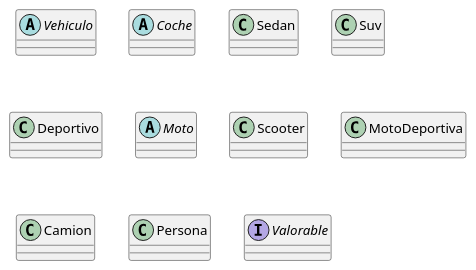
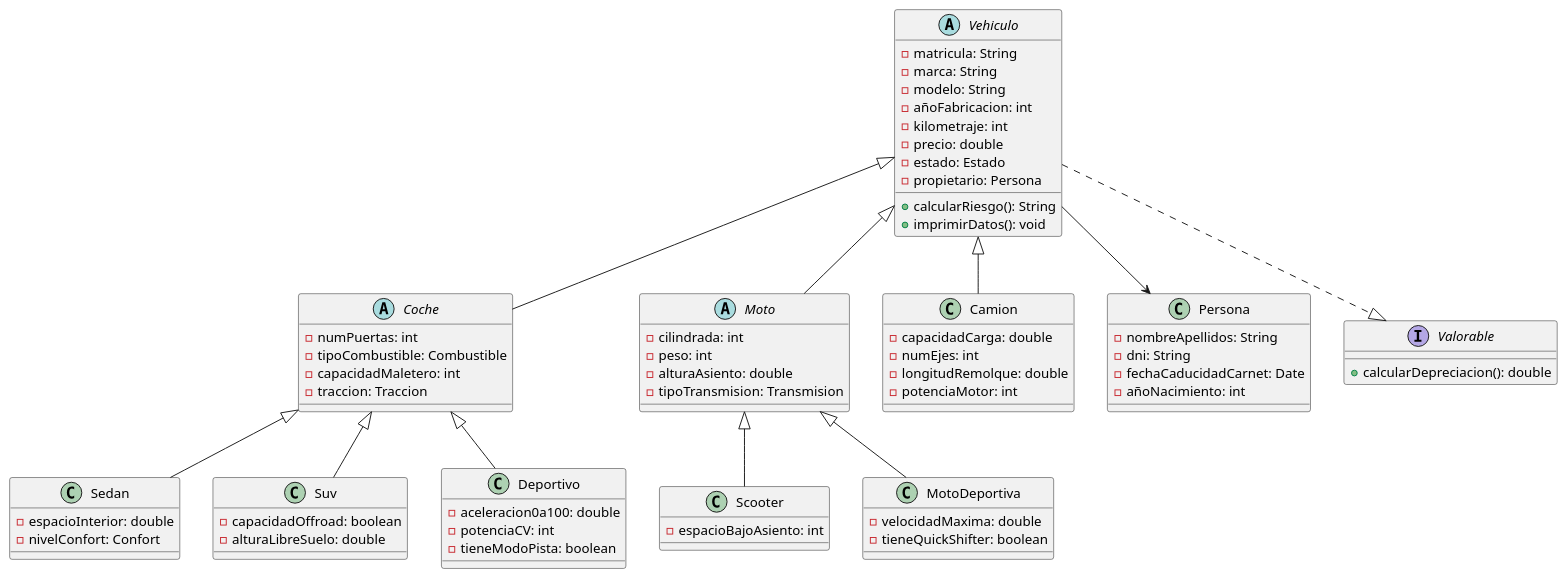
The diagram in uml/diagrama.puml (Juanma-prueba/UT5_ED_Prog), drawn with PlantUML before and after one commit. The commit also changed 1 other file, not shown here.

Commit message:
Añadido diagrama UML y estructura de clases

```diff
--- a/uml/diagrama.puml
+++ b/uml/diagrama.puml
@@ -1,37 +1,84 @@
 @startuml
 
 abstract class Vehiculo {
+    - matricula: String
+    - marca: String
+    - modelo: String
+    - añoFabricacion: int
+    - kilometraje: int
+    - precio: double
+    - estado: Estado
+    - propietario: Persona
+
+     + calcularRiesgo(): String
+     + imprimirDatos(): void
 }
 
-abstract class Coche {
+abstract class Coche extends Vehiculo {
+        - numPuertas: int
+        - tipoCombustible: Combustible
+        - capacidadMaletero: int
+        - traccion: Traccion
 }
 
 class Sedan {
+    - espacioInterior: double
+    - nivelConfort: Confort
 }
 
 class Suv {
+    - capacidadOffroad: boolean
+    - alturaLibreSuelo: double
 }
 
 class Deportivo {
+    - aceleracion0a100: double
+    - potenciaCV: int
+    - tieneModoPista: boolean
 }
 
-abstract class Moto {
+abstract class Moto extends Vehiculo{
+    - cilindrada: int
+    - peso: int
+    - alturaAsiento: double
+    - tipoTransmision: Transmision
 }
 
 class Scooter {
+    - espacioBajoAsiento: int
 }
 
 class MotoDeportiva {
+    - velocidadMaxima: double
+    - tieneQuickShifter: boolean
 }
 
-class Camion {
+class Camion extends Vehiculo {
+    - capacidadCarga: double
+    - numEjes: int
+    - longitudRemolque: double
+    - potenciaMotor: int
 }
 
 class Persona {
+    - nombreApellidos: String
+    - dni: String
+    - fechaCaducidadCarnet: Date
+    - añoNacimiento: int
 }
 
 interface Valorable {
+    + calcularDepreciacion(): double
 }
 
+Vehiculo --> Persona
+Vehiculo ..|> Valorable
+
+Coche <|-- Sedan
+Coche <|-- Suv
+Coche <|-- Deportivo
+
+Moto <|-- Scooter
+Moto <|-- MotoDeportiva
 
 @enduml
```
